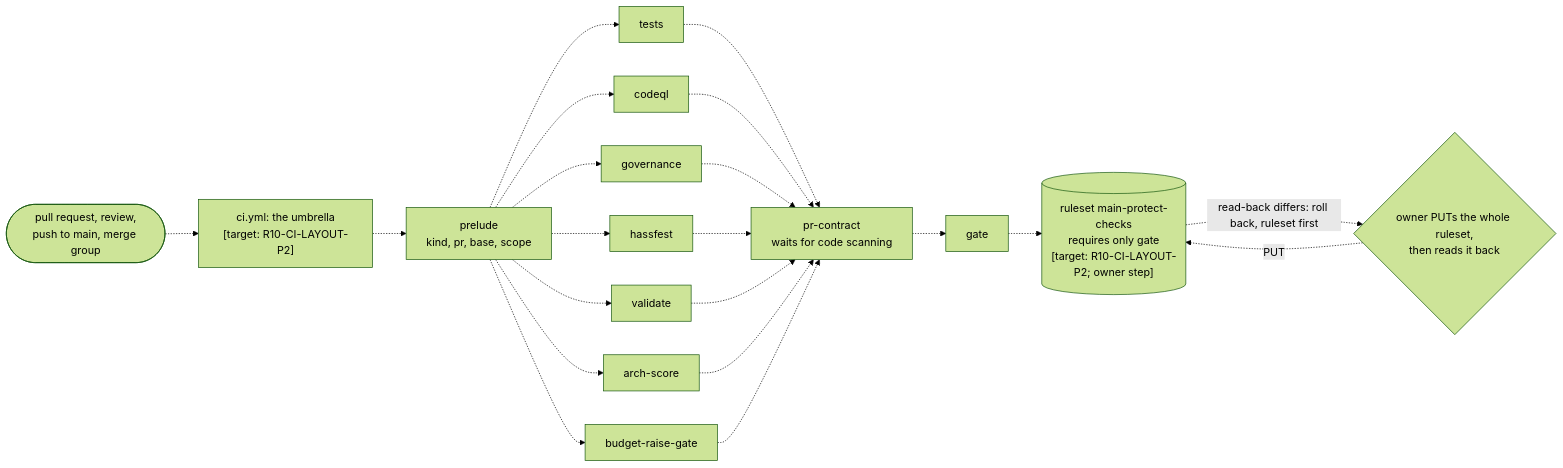
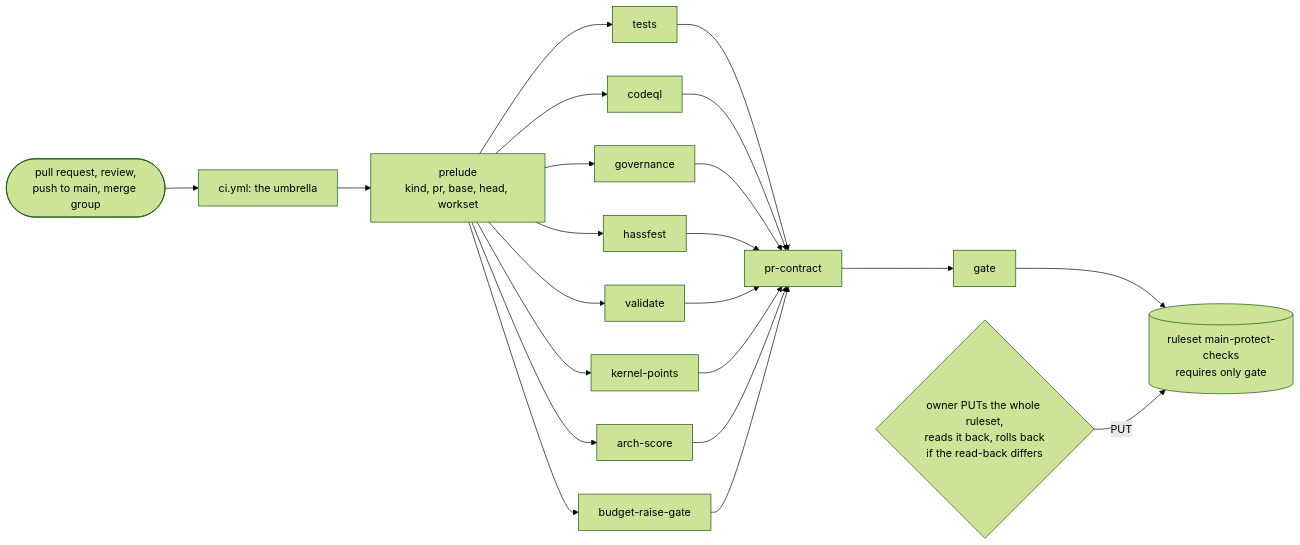
The first of 4 diagrams in dev/README.md (tvofi/heatpump_optimizer), drawn with Mermaid (forest theme) before and after one commit. The commit also changed other lines of this file and 2 other files, not shown here.

First line of the commit message:
docs: resolve the round-10 target markers and redraw the machinery figure (R10-ARCH-DOCS, #2395)

````diff
--- a/dev/README.md
+++ b/dev/README.md
@@ -164,17 +163,17 @@
 ```mermaid
 flowchart LR
-    ev(["pull request, review,<br/>push to main, merge group"]) -.-> ci["ci.yml: the umbrella<br/>[target: R10-CI-LAYOUT-P2]"]
-    ci -.-> pre["prelude<br/>kind, pr, base, scope"]
-    pre -.-> tests["tests"]
-    pre -.-> codeql["codeql"]
-    pre -.-> gov["governance"]
-    pre -.-> hass["hassfest"]
-    pre -.-> val["validate"]
-    pre -.-> arch["arch-score"]
-    pre -.-> brg["budget-raise-gate"]
-    tests & codeql & gov & hass & val & arch & brg -.-> prc["pr-contract<br/>waits for code scanning"]
-    prc -.-> gate["gate"]
-    gate -.-> rs[("ruleset main-protect-checks<br/>requires only gate<br/>[target: R10-CI-LAYOUT-P2; owner step]")]
-    cut{"owner PUTs the whole ruleset,<br/>then reads it back"} -.->|"PUT"| rs
-    rs -.->|"read-back differs: roll back, ruleset first"| cut
+    ev(["pull request, review,<br/>push to main, merge group"]) --> ci["ci.yml: the umbrella"]
+    ci --> pre["prelude<br/>kind, pr, base, head, workset"]
+    pre --> tests["tests"]
+    pre --> codeql["codeql"]
+    pre --> gov["governance"]
+    pre --> hass["hassfest"]
+    pre --> val["validate"]
+    pre --> kp["kernel-points"]
+    pre --> arch["arch-score"]
+    pre --> brg["budget-raise-gate"]
+    tests & codeql & gov & hass & val & kp & arch & brg --> prc["pr-contract"]
+    prc --> gate["gate"]
+    gate --> rs[("ruleset main-protect-checks<br/>requires only gate")]
+    cut{"owner PUTs the whole ruleset,<br/>reads it back, rolls back<br/>if the read-back differs"} -->|"PUT"| rs
 ```
````
